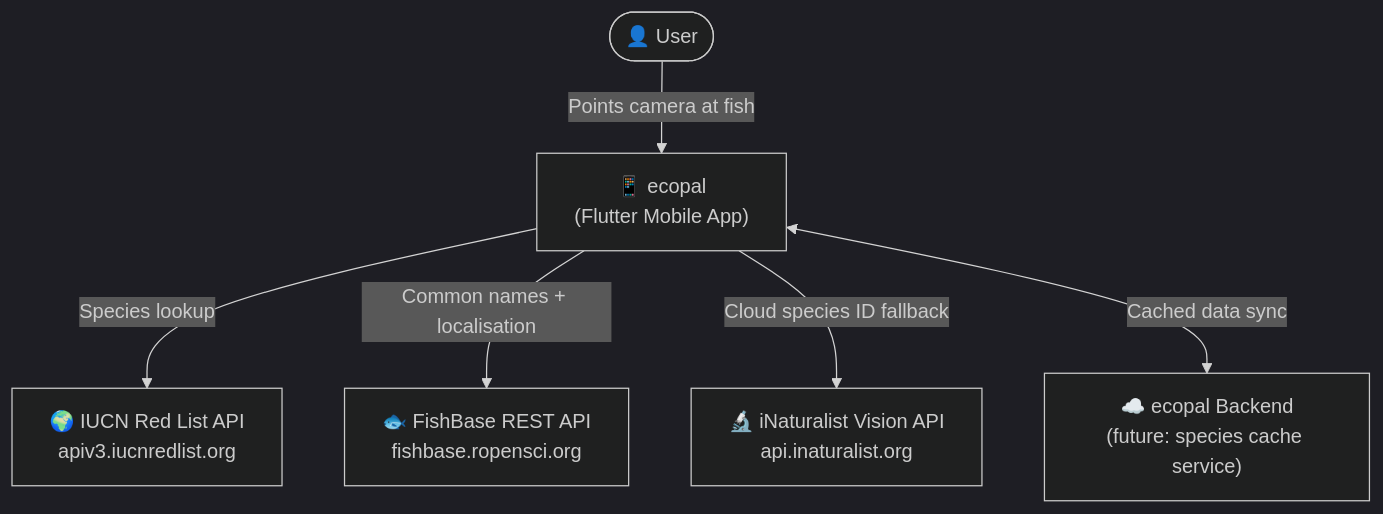
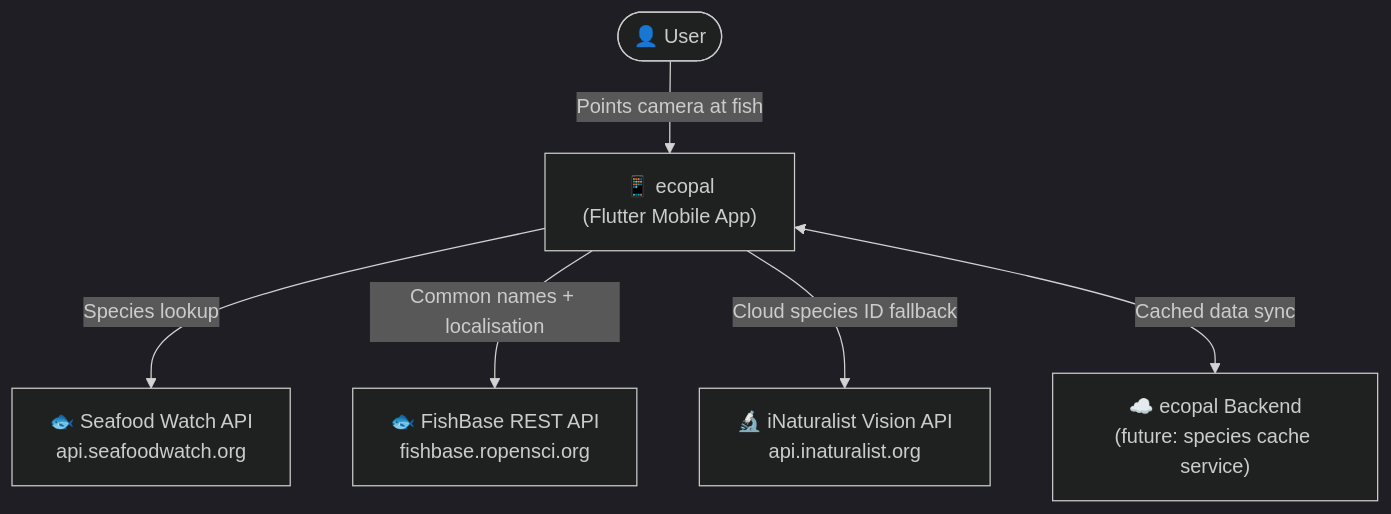
One commit to ruimcoder/ecopal changed the first of 4 diagrams in docs/architecture.md. Above: the diagram before and after it, drawn with Mermaid (dark theme). The commit also changed other lines of this file and 2 other files, not shown here.

First line of the commit message:
docs: remove IUCN references, align with ADR-004 Seafood Watch strategy

````diff
--- a/docs/architecture.md
+++ b/docs/architecture.md
@@ -16,15 +16,15 @@
 ```mermaid
 graph TD
     User([👤 User])
     App["📱 ecopal\n(Flutter Mobile App)"]
-    IUCN["🌍 IUCN Red List API\napiv3.iucnredlist.org"]
+    SeafoodWatch["🐟 Seafood Watch API\napi.seafoodwatch.org"]
     FishBase["🐟 FishBase REST API\nfishbase.ropensci.org"]
     iNat["🔬 iNaturalist Vision API\napi.inaturalist.org"]
     Backend["☁️ ecopal Backend\n(future: species cache service)"]
 
     User -->|Points camera at fish| App
-    App -->|Species lookup| IUCN
+    App -->|Species lookup| SeafoodWatch
     App -->|Common names + localisation| FishBase
     App -->|Cloud species ID fallback| iNat
     App <-->|Cached data sync| Backend
 ```
````
